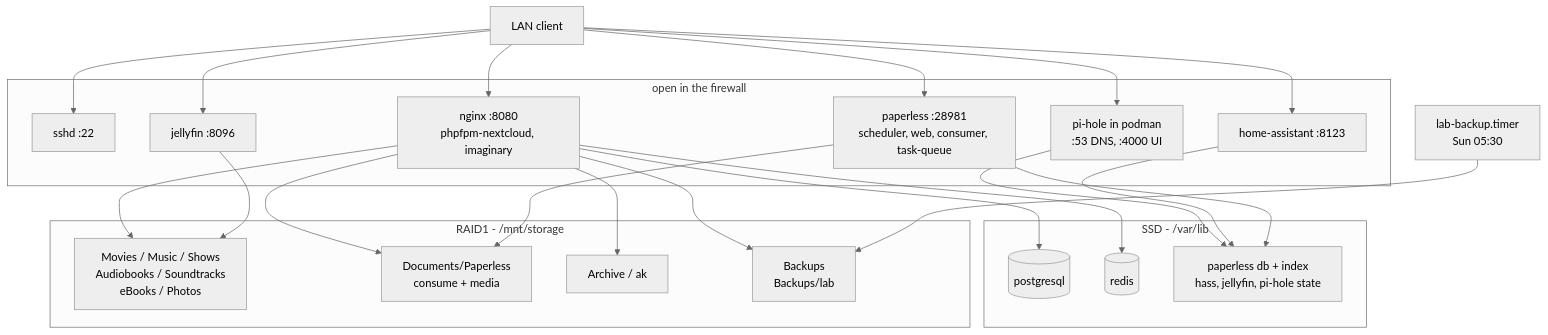
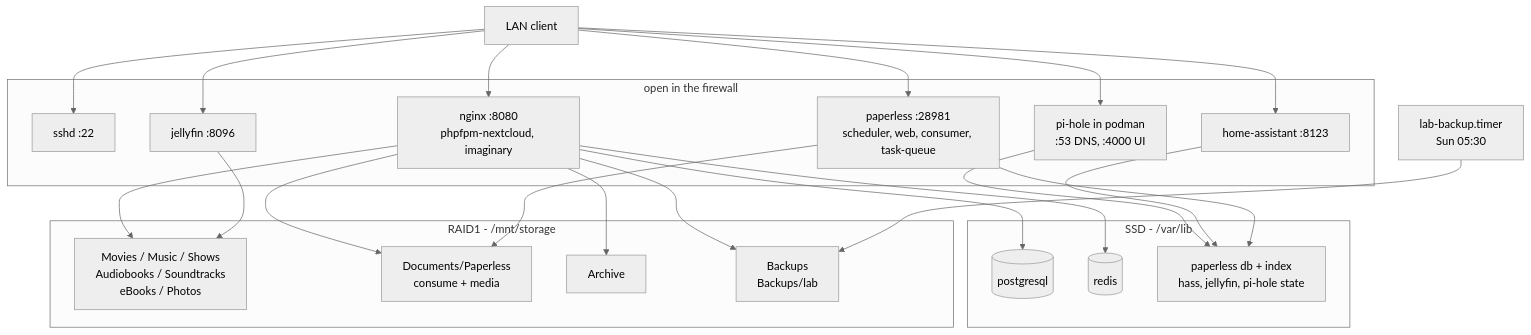
Before and after one commit to antonkesy/home-server: the second of 2 diagrams in README.md, drawn with Mermaid (neutral theme). The commit also changed 1 other file, not shown here.

Commit message:
remove ak top-level dir

````diff
--- a/README.md
+++ b/README.md
@@ -50,37 +50,37 @@
 ```mermaid
 flowchart TD
   client["LAN client"]
 
   subgraph fw["open in the firewall"]
     ssh["sshd :22"]
     ph["pi-hole in podman<br>:53 DNS, :4000 UI"]
     has["home-assistant :8123"]
     ncb["nginx :8080<br>phpfpm-nextcloud, imaginary"]
     jfb["jellyfin :8096"]
     plb["paperless :28981<br>scheduler, web, consumer, task-queue"]
   end
 
   subgraph ssdg["SSD - /var/lib"]
     pg[("postgresql")]
     rd[("redis")]
     st["paperless db + index<br>hass, jellyfin, pi-hole state"]
   end
 
   subgraph raid["RAID1 - /mnt/storage"]
     med["Movies / Music / Shows<br>Audiobooks / Soundtracks<br>eBooks / Photos"]
     doc["Documents/Paperless<br>consume + media"]
-    arc["Archive / ak"]
+    arc["Archive"]
     bak["Backups<br>Backups/lab"]
   end
 
   client --> ssh & ph & has
   client --> ncb & jfb & plb
   ph --> st
   has --> st
   ncb --> pg & rd
   ncb --> med & doc & arc & bak
   jfb --> med
   plb --> doc
   plb --> st
   tb["lab-backup.timer<br>Sun 05:30"] --> bak
 ```
````
